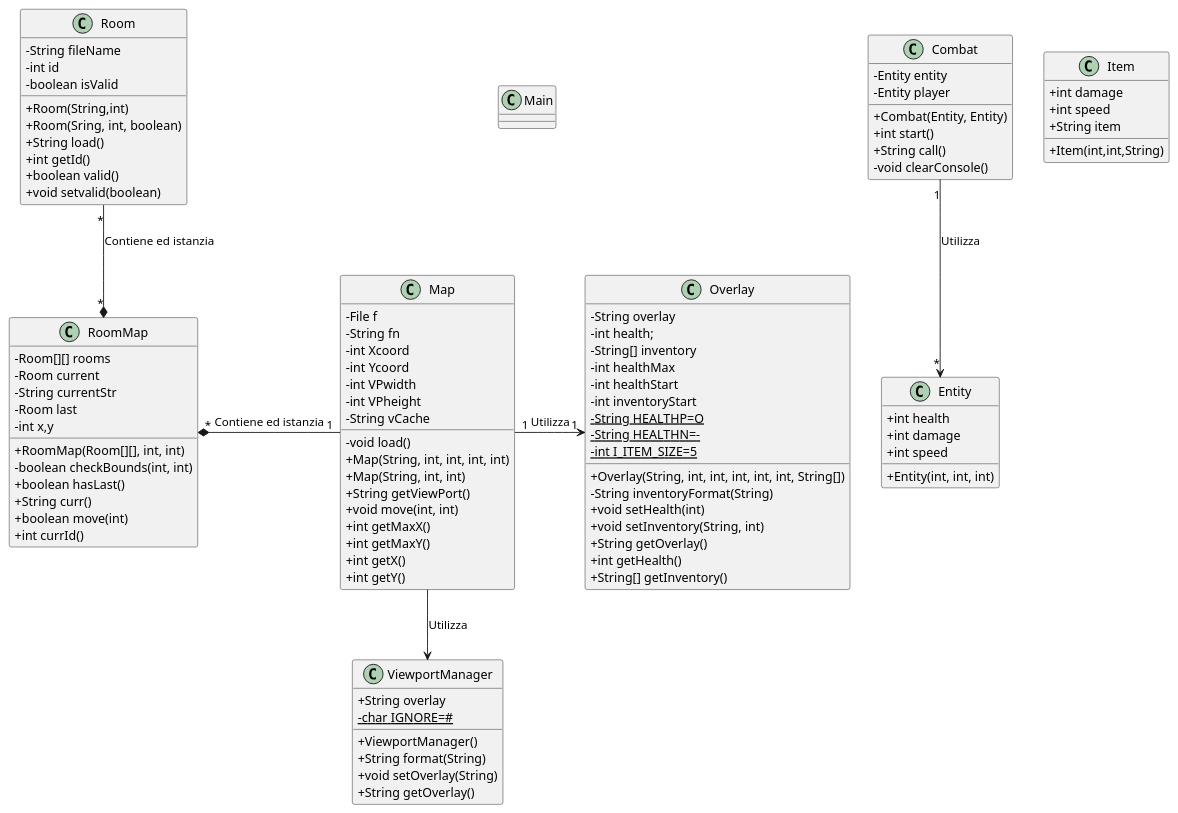
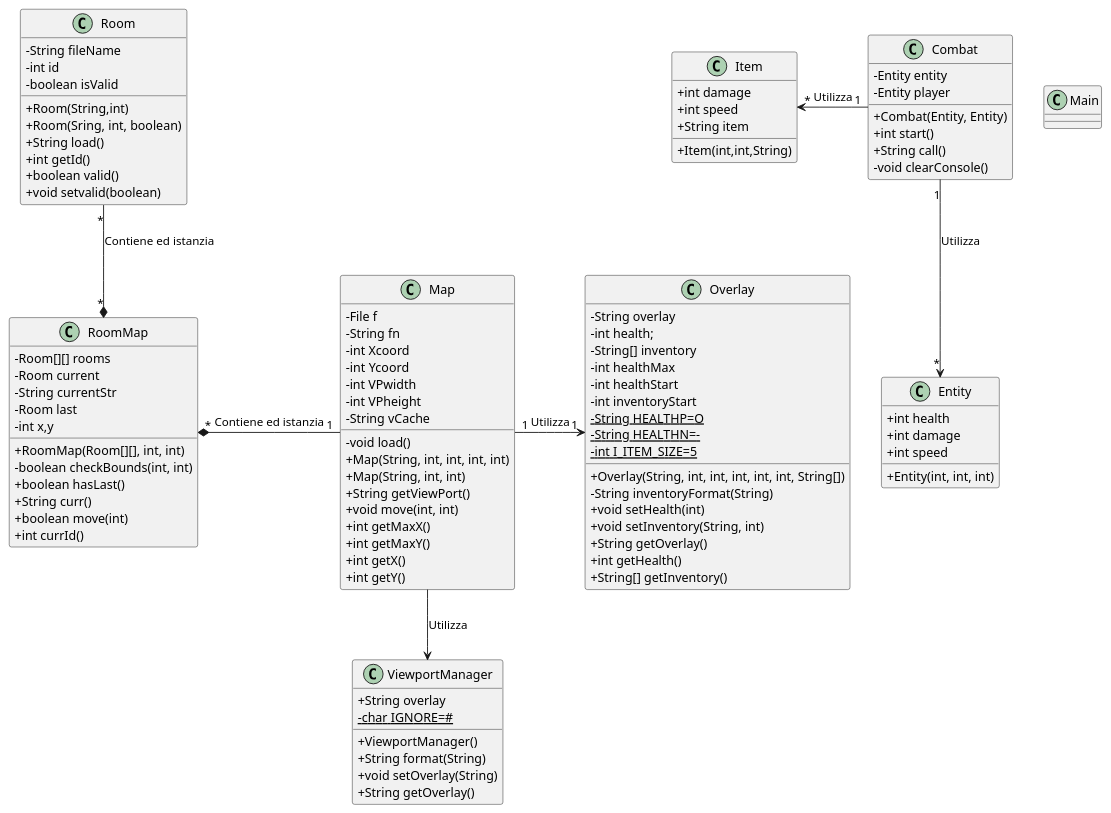
Before and after one commit to 1smaa/progettoedids: the diagram in Class_diagram.md, drawn with PlantUML. The commit also changed other lines of this file, not shown here.

```diff
--- a/Class_diagram.md
+++ b/Class_diagram.md
@@ -111,6 +111,7 @@
 
 Room "*" -down-* "*"  RoomMap : Contiene ed istanzia
 Combat "1" -down-> "*" Entity : Utilizza
+Combat "1" -left-> "*" Item : Utilizza
 Map -down-> ViewportManager : Utilizza
 Map "1" -left-* "*" RoomMap : Contiene ed istanzia
 Map "1" -right-> "1" Overlay : Utilizza
```
